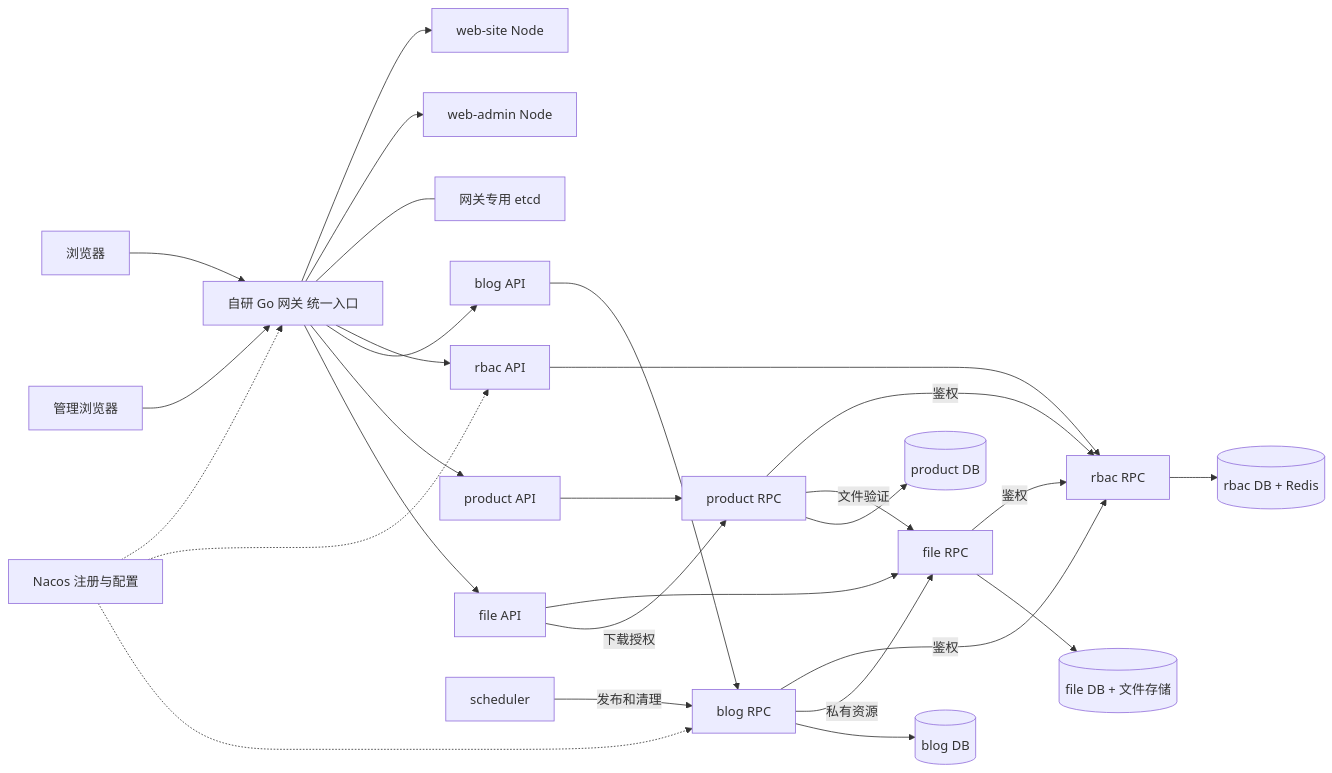
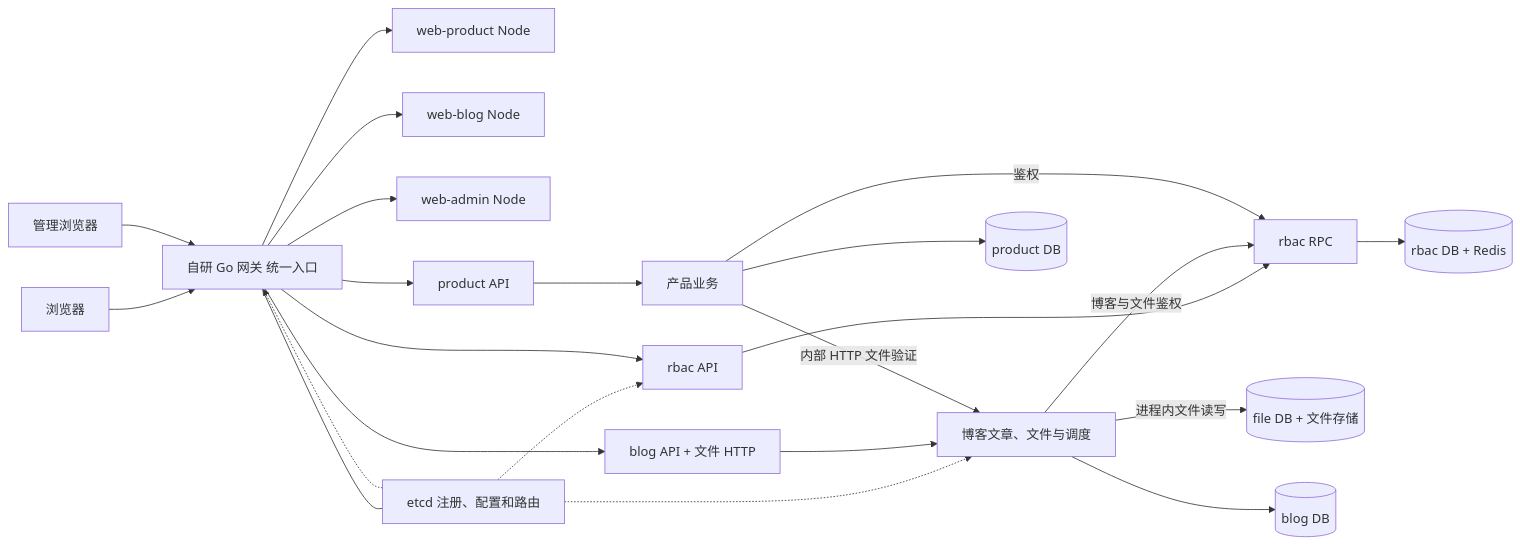
The diagram in ARCHITECTURE.md (yangjunyjy/sitehub), drawn with Mermaid before and after one commit. The commit also changed other lines of this file and 74 other files, not shown here.

````diff
--- a/ARCHITECTURE.md
+++ b/ARCHITECTURE.md
@@ -5,30 +5,25 @@
 ```mermaid
 flowchart LR
     User[浏览器] --> G[自研 Go 网关 统一入口]
     Admin[管理浏览器] --> G
-    G --> Site[web-site Node]
+    G --> Site[web-product Node]
+    G --> Blog[web-blog Node]
     G --> Console[web-admin Node]
-    N[Nacos 注册与配置] -.-> G
-    N -.-> RA
-    N -.-> B
-    G --- E[网关专用 etcd]
+    E[etcd 注册、配置和路由] -.-> G
+    E -.-> RA
+    E -.-> B
+    G --- E
     G --> RA[rbac API]
-    G --> BA[blog API]
+    G --> BA[blog API + 文件 HTTP]
     G --> PA[product API]
-    G --> FA[file API]
     RA --> R[rbac RPC]
-    BA --> B[blog RPC]
-    PA --> P[product RPC]
-    FA --> F[file RPC]
-    FA -->|下载授权| P
-    B -->|鉴权| R
+    BA --> B[博客文章、文件与调度]
+    PA --> P[产品业务]
+    B -->|博客与文件鉴权| R
     P -->|鉴权| R
-    F -->|鉴权| R
-    B -->|私有资源| F
-    P -->|文件验证| F
-    S[scheduler] -->|发布和清理| B
+    B -->|进程内文件读写| FD[(file DB + 文件存储)]
+    P -->|内部 HTTP 文件验证| B
     R --> RD[(rbac DB + Redis)]
     B --> BD[(blog DB)]
     P --> PD[(product DB)]
-    F --> FD[(file DB + 文件存储)]
 ```
````
